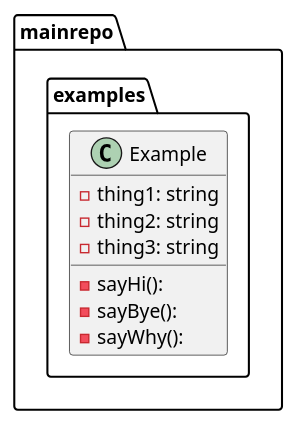
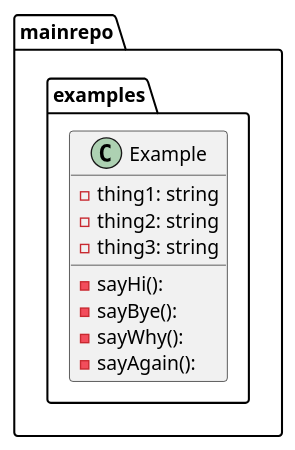
Before and after one commit to tbal999/pumlaction: the diagram in graph.puml, drawn with PlantUML.

Commit message:
generated puml file

```diff
--- a/graph.puml
+++ b/graph.puml
@@ -1,13 +1,14 @@
 @startuml
 package ...mainrepo.examples{
 class Example {
 -thing1: string
 -thing2: string
 -thing3: string
 -sayHi(): 
 -sayBye(): 
 -sayWhy(): 
+-sayAgain(): 
 }
 }
 
 @enduml
```
